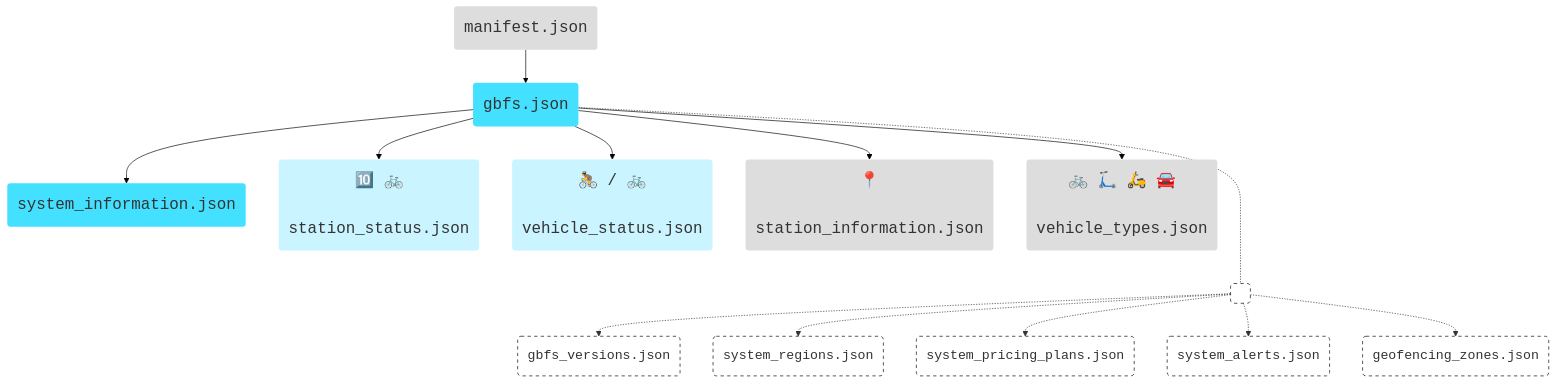
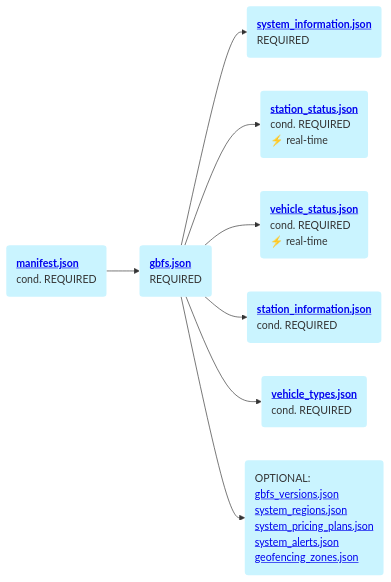
Before and after one commit to MobilityData/gbfs.org: the third of 4 diagrams in docs/en/get-started.md, drawn with Mermaid. The commit also changed other lines of this file, not shown here.

````diff
--- a/docs/en/get-started.md
+++ b/docs/en/get-started.md
@@ -117,49 +98,28 @@
 ```mermaid
-flowchart TD
-  classDef cond fill:#DDDDDD,stroke:#43E0FF,stroke-width:0px,font-family:monospace,font-size:24px;
-  classDef realtime fill:#CAF4FF,stroke:#000000,stroke-width:0px,font-family:monospace,font-size:24px;
-  classDef required fill:#43E0FF,stroke:#000000,stroke-width:0px,font-family:monospace,font-size:24px;
-  classDef optional fill:#fff,stroke:#000,stroke-width:1px,font-family:monospace,font-size:20px,stroke-dasharray:5,5;
+flowchart LR
+  classDef blue fill:#CAF4FF,stroke-width:0px,text-align:left;
 
-  A("manifest.json") --> B("gbfs.json")
-  B --> C("system_information.json")
-  B --> D("🔟 🚲
-  station_status.json")
-  B --> E("🚴 / 🚲
-  vehicle_status.json")
-  B --> F("📍
-  station_information.json")
-  B --> G("🚲 🛴 🛵 🚘
-  vehicle_types.json")
-  B -..- N(" ")
-  N -.-> H("gbfs_versions.json")
-  N -.-> I("system_regions.json")
-  N -.-> J("system_pricing_plans.json")
-  N -.-> K("system_alerts.json")
-  N -.-> L("geofencing_zones.json")
+  A(<b><a href="../../documentation/reference/#manifestjson">manifest.json</a></b>
+  cond. REQUIRED) --> B(<b><a href="../../documentation/reference/#gbfsjson">gbfs.json</a></b>
+  REQUIRED)
+  B --> C(<b><a href="../../documentation/reference/#system_informationjson">system_information.json</a></b>
+  REQUIRED)
+  B --> D(<b><a href="../../documentation/reference/#station_statusjson">station_status.json</a></b>
+  cond. REQUIRED
+  ⚡️ real-time)
+  B --> E(<b><a href="../../documentation/reference/#vehicle_statusjson">vehicle_status.json</a></b>
+  cond. REQUIRED
+  ⚡️ real-time)
+  B --> F(<b><a href="../../documentation/reference/#station_informationjson">station_information.json</a></b>
+  cond. REQUIRED)
+  B --> G(<b><a href="../../documentation/reference/#vehicle_typesjson">vehicle_types.json</a></b>
+  cond. REQUIRED)
+  B --> H(OPTIONAL:
+  <a href="../../documentation/reference/#gbfs_versionsjson">gbfs_versions.json</a>
+  <a href="../../documentation/reference/#system_regionsjson">system_regions.json</a>
+  <a href="../../documentation/reference/#system_pricing_plansjson">system_pricing_plans.json</a>
+  <a href="../../documentation/reference/#system_alertsjson">system_alerts.json</a>
+  <a href="../../documentation/reference/#geofencing_zonesjson">geofencing_zones.json</a>)
 
-  click A "../../documentation/reference/#manifestjson" "A"
-  click B "../../documentation/reference/#gbfsjson" "B"
-  click C "../../documentation/reference/#system_informationjson" "C"
-  click D "../../documentation/reference/#station_statusjson" "D"
-  click E "../../documentation/reference/#vehicle_statusjson" "E"
-  click F "../../documentation/reference/#station_informationjson" "F"
-  click G "../../documentation/reference/#vehicle_typesjson" "G"
-  click H "../../documentation/reference/#gbfs_versionsjson" "H"
-  click I "../../documentation/reference/#system_regionsjson" "I"
-  click J "../../documentation/reference/#system_pricing_plansjson" "J"
-  click K "../../documentation/reference/#system_alertsjson" "K"
-  click L "../../documentation/reference/#geofencing_zonesjson" "L"
-
-  class A,F,G cond
-  class B,C required
-  class D,E,V,X,Z realtime
-  class H,I,J,K,L,N optional
-
-  linkStyle 0 stroke:#000000,stroke-width:1px
-  linkStyle 1 stroke:#000000,stroke-width:1px
-  linkStyle 2 stroke:#000000,stroke-width:1px
-  linkStyle 3 stroke:#000000,stroke-width:1px
-  linkStyle 4 stroke:#000000,stroke-width:1px
-  linkStyle 5 stroke:#000000,stroke-width:1px
+  class A,B,C,D,E,F,G,H blue
 ```
````
